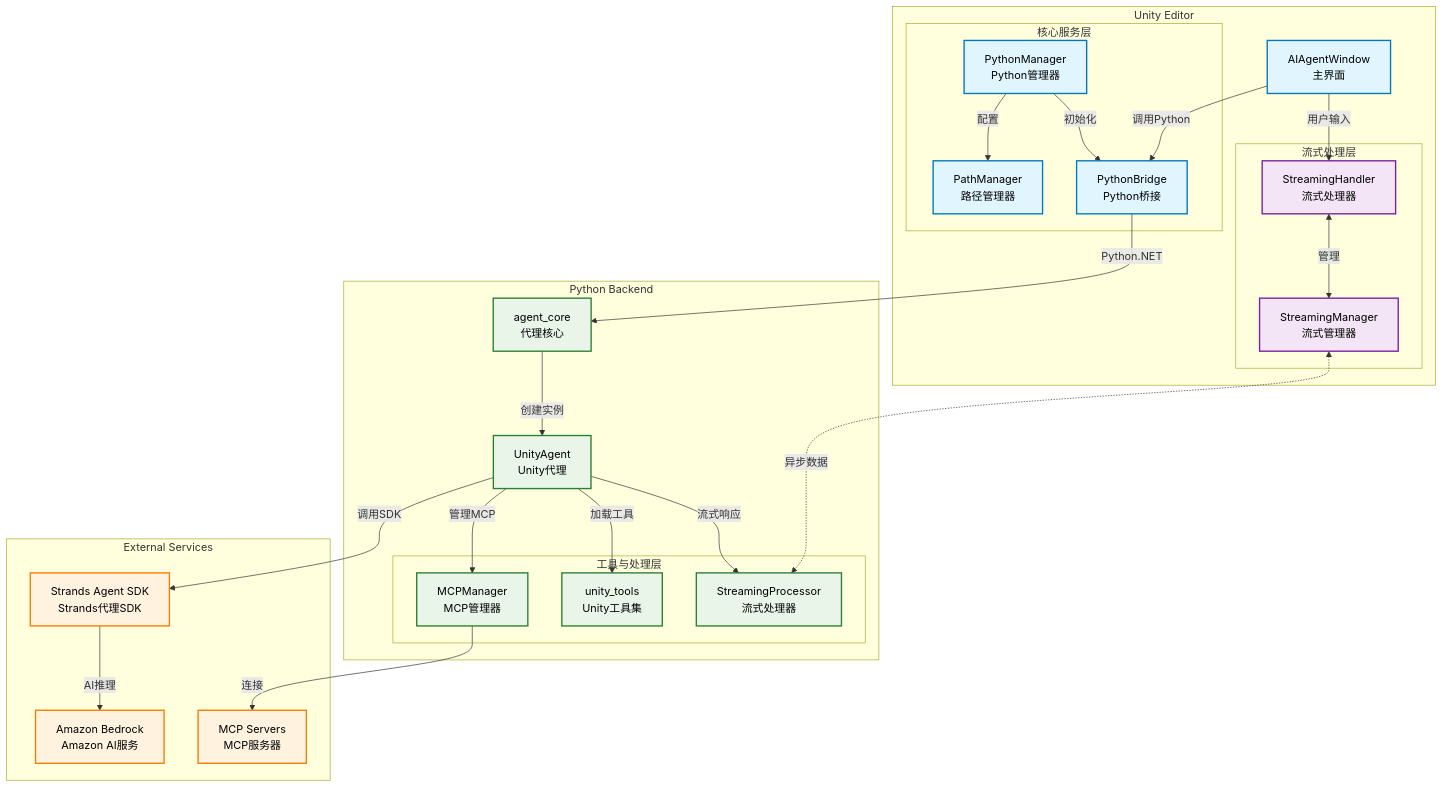
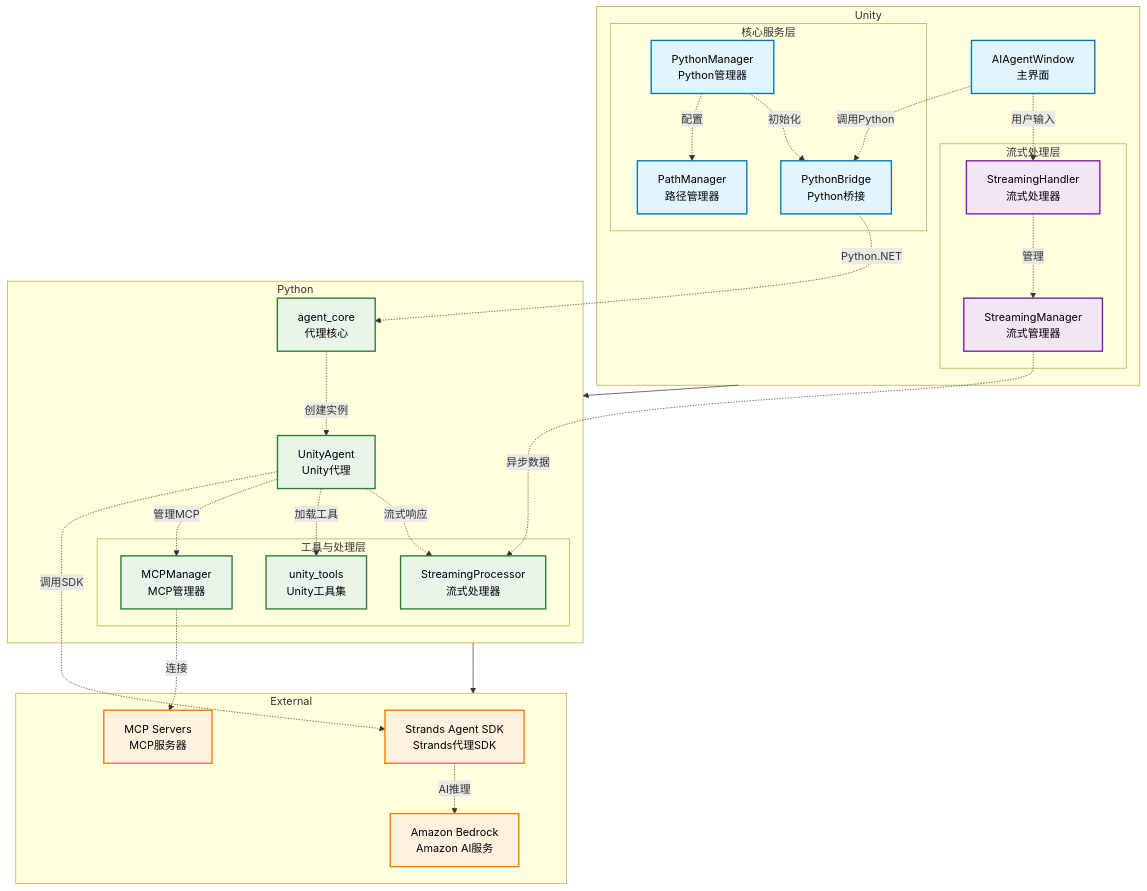
Before and after one commit to ddpie/unity-strands-agent: the first of 2 diagrams in README.md, drawn with Mermaid. The commit also changed other lines of this file, not shown here.

Commit message:
enforce vertical layout with explicit top-level node arrangement
- Add explicit top-level nodes: Unity -> Python -> External to force vertical flow
- Use flowchart TB with clear hierarchical connections between main sections
- Change solid arrows to dotted lines for internal data flows to reduce visual clutter
- Maintain detailed component relationships within each section
- Ensure proper vertical stacking: Unity Editor at top, Python Backend middle, External Services bottom
- Keep consistent styling and component organization

````diff
--- a/README.md
+++ b/README.md
@@ -15,69 +15,68 @@
 ```mermaid
-flowchart TD
-    subgraph Unity["Unity Editor"]
+flowchart TB
+    Unity["Unity Editor"]
+    Python["Python Backend"] 
+    External["External Services"]
+    
+    Unity --> Python
+    Python --> External
+    
+    subgraph Unity
         UI[AIAgentWindow<br/>主界面]
         
         subgraph Streaming["流式处理层"]
             SH[StreamingHandler<br/>流式处理器]
             SM[StreamingManager<br/>流式管理器]
         end
         
         subgraph Core["核心服务层"]
             PB[PythonBridge<br/>Python桥接]
             PM[PythonManager<br/>Python管理器]
             PATH[PathManager<br/>路径管理器]
         end
     end
     
-    subgraph Python["Python Backend"]
+    subgraph Python
         AC[agent_core<br/>代理核心]
         UA[UnityAgent<br/>Unity代理]
         
         subgraph Tools["工具与处理层"]
             SP[StreamingProcessor<br/>流式处理器]
             UT[unity_tools<br/>Unity工具集]
             MM[MCPManager<br/>MCP管理器]
         end
     end
     
-    subgraph External["External Services"]
+    subgraph External
         SDK[Strands Agent SDK<br/>Strands代理SDK]
         AWS[Amazon Bedrock<br/>Amazon AI服务]
         MCP[MCP Servers<br/>MCP服务器]
     end
     
-    %% 用户交互流
-    UI -->|用户输入| SH
-    UI -->|调用Python| PB
-    
-    %% 流式处理流
-    SH <-->|管理| SM
-    SM <-.->|异步数据| SP
-    
-    %% 核心服务流
-    PM -->|初始化| PB
-    PM -->|配置| PATH
-    PB -->|Python.NET| AC
-    
-    %% Python内部流
-    AC -->|创建实例| UA
-    UA -->|流式响应| SP
-    UA -->|加载工具| UT
-    UA -->|管理MCP| MM
-    
-    %% 外部服务流
-    UA -->|调用SDK| SDK
-    SDK -->|AI推理| AWS
-    MM -->|连接| MCP
+    %% 数据流
+    UI -.->|用户输入| SH
+    UI -.->|调用Python| PB
+    SH -.->|管理| SM
+    SM -.->|异步数据| SP
+    PM -.->|初始化| PB
+    PM -.->|配置| PATH
+    PB -.->|Python.NET| AC
+    AC -.->|创建实例| UA
+    UA -.->|流式响应| SP
+    UA -.->|加载工具| UT
+    UA -.->|管理MCP| MM
+    UA -.->|调用SDK| SDK
+    SDK -.->|AI推理| AWS
+    MM -.->|连接| MCP
     
     %% 样式定义
     classDef unityStyle fill:#e1f5fe,stroke:#0277bd,stroke-width:2px,color:#000
     classDef pythonStyle fill:#e8f5e8,stroke:#2e7d32,stroke-width:2px,color:#000
     classDef externalStyle fill:#fff3e0,stroke:#f57c00,stroke-width:2px,color:#000
     classDef streamStyle fill:#f3e5f5,stroke:#7b1fa2,stroke-width:2px,color:#000
     
     class UI,PB,PM,PATH unityStyle
     class SH,SM streamStyle
     class AC,UA,SP,UT,MM pythonStyle
     class SDK,AWS,MCP externalStyle
 ```
````
